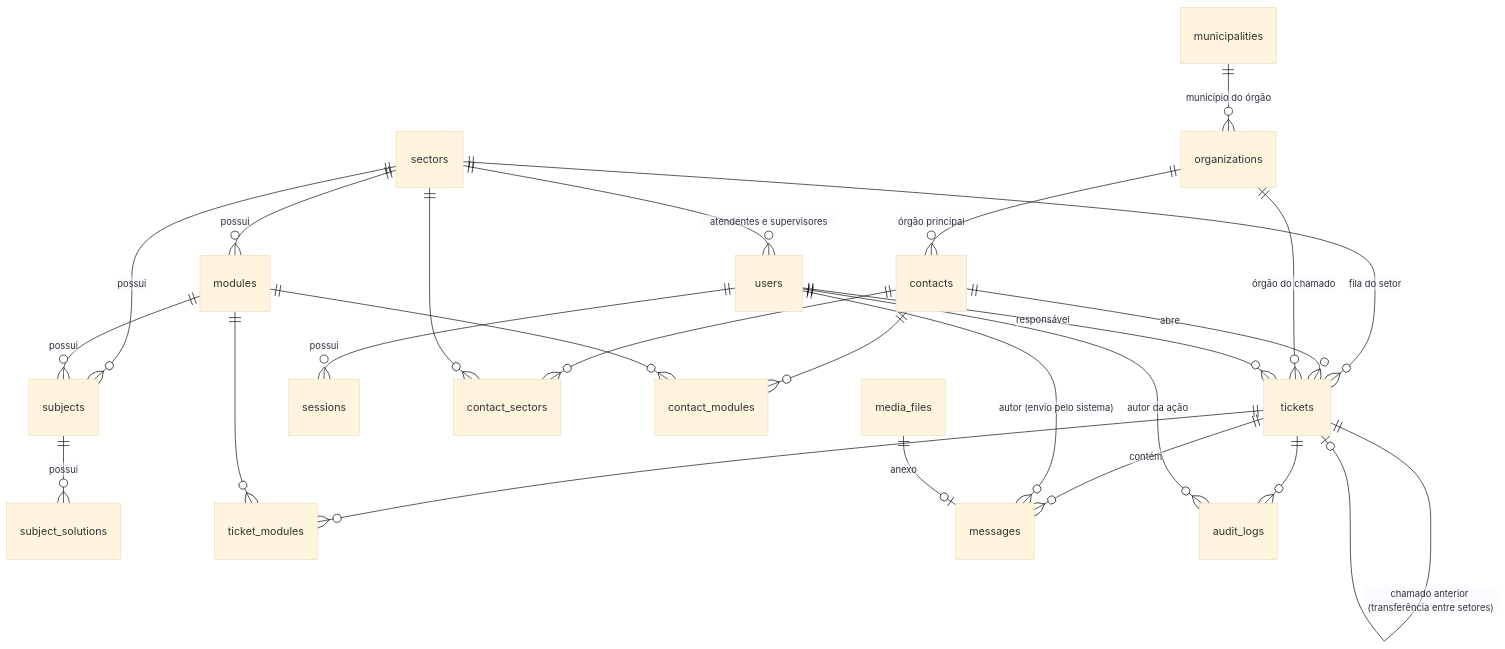
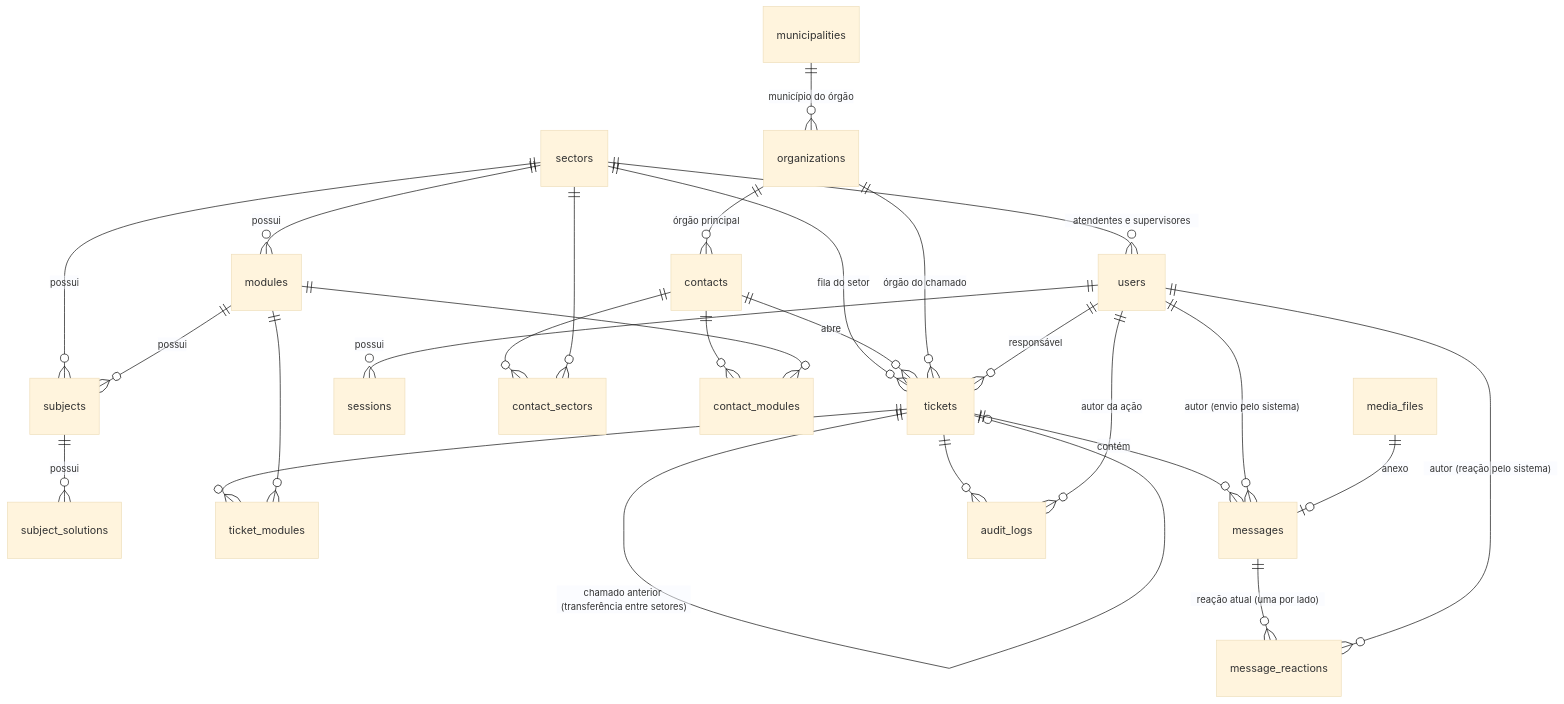
The first of 2 diagrams in docs/data-model.md (gcaspp-labs/xet), drawn with Mermaid (base theme) before and after one commit. The commit also changed other lines of this file, not shown here.

Commit message:
docs: reações atuais por mensagem no modelo de dados (#197)

````diff
--- a/docs/data-model.md
+++ b/docs/data-model.md
@@ -24,27 +24,29 @@
 ```mermaid
 erDiagram
     sectors ||--o{ users : "atendentes e supervisores"
     sectors ||--o{ modules : possui
     sectors ||--o{ tickets : "fila do setor"
     sectors ||--o{ subjects : possui
     modules ||--o{ subjects : possui
     subjects ||--o{ subject_solutions : possui
     users ||--o{ sessions : possui
     municipalities ||--o{ organizations : "município do órgão"
     organizations ||--o{ contacts : "órgão principal"
     contacts ||--o{ tickets : abre
     contacts ||--o{ contact_sectors : ""
     sectors ||--o{ contact_sectors : ""
     contacts ||--o{ contact_modules : ""
     modules ||--o{ contact_modules : ""
     organizations ||--o{ tickets : "órgão do chamado"
     users ||--o{ tickets : "responsável"
     tickets ||--o| tickets : "chamado anterior (transferência entre setores)"
     tickets ||--o{ ticket_modules : ""
     modules ||--o{ ticket_modules : ""
     tickets ||--o{ messages : contém
     users ||--o{ messages : "autor (envio pelo sistema)"
     media_files ||--o| messages : anexo
+    messages ||--o{ message_reactions : "reação atual (uma por lado)"
+    users ||--o{ message_reactions : "autor (reação pelo sistema)"
     tickets ||--o{ audit_logs : ""
     users ||--o{ audit_logs : "autor da ação"
 ```
````
